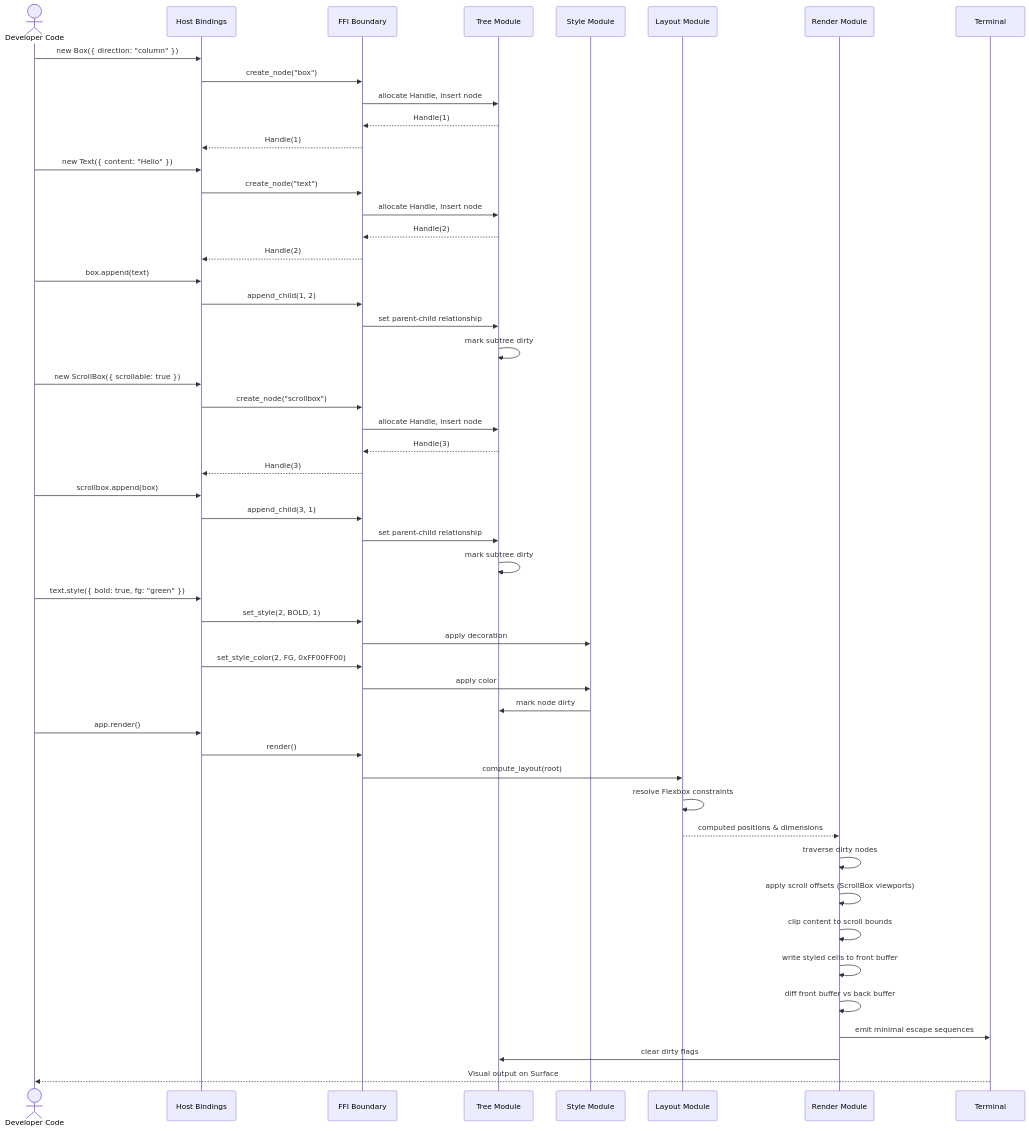
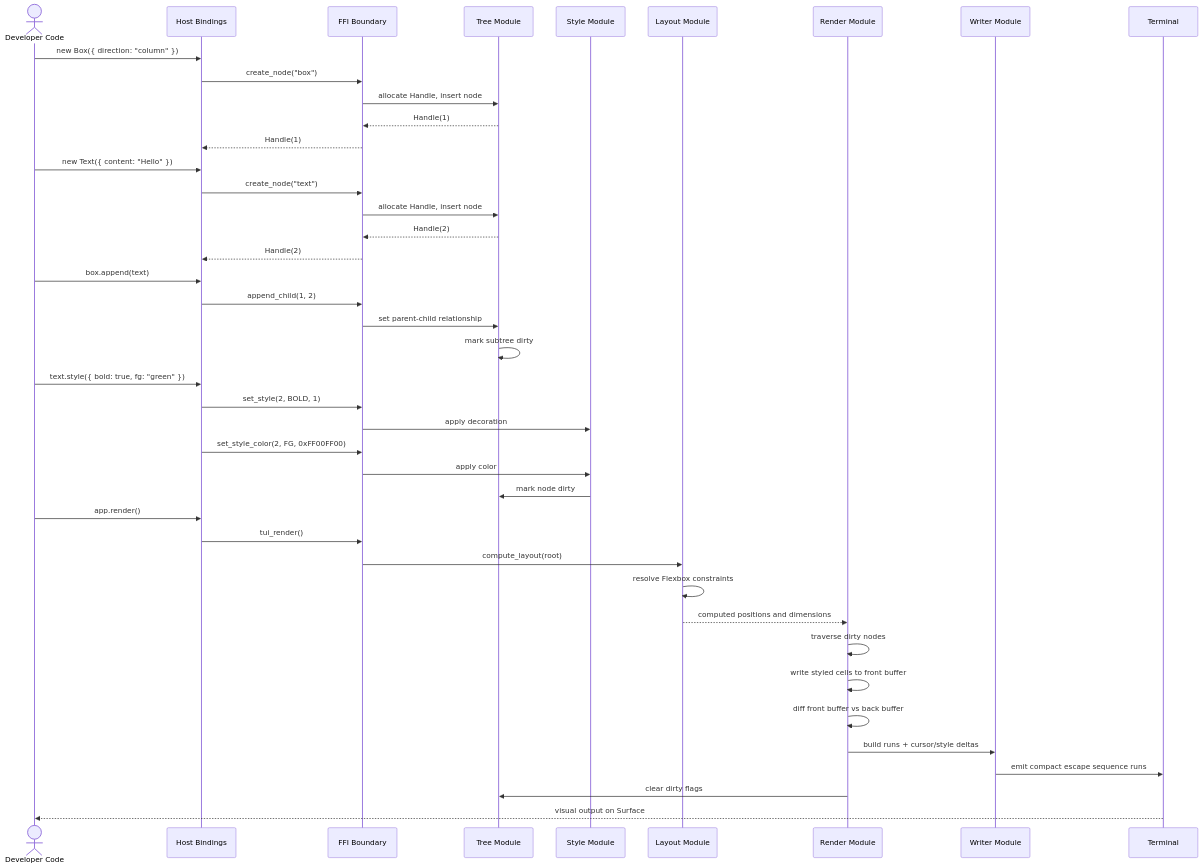
Before and after one commit to openkraken-ai/kraken-tui: the second of 4 diagrams in docs/Architecture.md, drawn with Mermaid. The commit also changed other lines of this file, not shown here.

First line of the commit message:
docs: align Architecture with v3 TechSpec

````diff
--- a/docs/Architecture.md
+++ b/docs/Architecture.md
@@ -150,60 +135,49 @@
 ```mermaid
 sequenceDiagram
     actor Dev as Developer Code
     participant Host as Host Bindings
     participant FFI as FFI Boundary
     participant Tree as Tree Module
     participant Style as Style Module
     participant Layout as Layout Module
     participant Render as Render Module
+    participant Writer as Writer Module
     participant Term as Terminal
 
     Dev->>Host: new Box({ direction: "column" })
     Host->>FFI: create_node("box")
     FFI->>Tree: allocate Handle, insert node
     Tree-->>FFI: Handle(1)
     FFI-->>Host: Handle(1)
 
     Dev->>Host: new Text({ content: "Hello" })
     Host->>FFI: create_node("text")
     FFI->>Tree: allocate Handle, insert node
     Tree-->>FFI: Handle(2)
     FFI-->>Host: Handle(2)
 
     Dev->>Host: box.append(text)
     Host->>FFI: append_child(1, 2)
     FFI->>Tree: set parent-child relationship
     Tree->>Tree: mark subtree dirty
 
-    Dev->>Host: new ScrollBox({ scrollable: true })
-    Host->>FFI: create_node("scrollbox")
-    FFI->>Tree: allocate Handle, insert node
-    Tree-->>FFI: Handle(3)
-    FFI-->>Host: Handle(3)
-
-    Dev->>Host: scrollbox.append(box)
-    Host->>FFI: append_child(3, 1)
-    FFI->>Tree: set parent-child relationship
-    Tree->>Tree: mark subtree dirty
-
     Dev->>Host: text.style({ bold: true, fg: "green" })
     Host->>FFI: set_style(2, BOLD, 1)
     FFI->>Style: apply decoration
     Host->>FFI: set_style_color(2, FG, 0xFF00FF00)
     FFI->>Style: apply color
     Style->>Tree: mark node dirty
 
     Dev->>Host: app.render()
-    Host->>FFI: render()
+    Host->>FFI: tui_render()
     FFI->>Layout: compute_layout(root)
     Layout->>Layout: resolve Flexbox constraints
-    Layout-->>Render: computed positions & dimensions
+    Layout-->>Render: computed positions and dimensions
     Render->>Render: traverse dirty nodes
-    Render->>Render: apply scroll offsets (ScrollBox viewports)
-    Render->>Render: clip content to scroll bounds
     Render->>Render: write styled cells to front buffer
     Render->>Render: diff front buffer vs back buffer
-    Render->>Term: emit minimal escape sequences
+    Render->>Writer: build runs + cursor/style deltas
+    Writer->>Term: emit compact escape sequence runs
     Render->>Tree: clear dirty flags
-    Term-->>Dev: Visual output on Surface
+    Term-->>Dev: visual output on Surface
 ```
````
